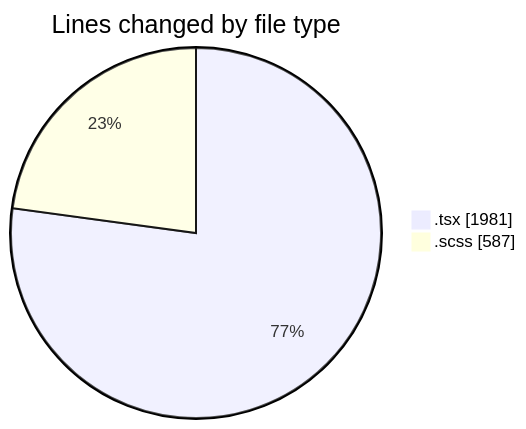
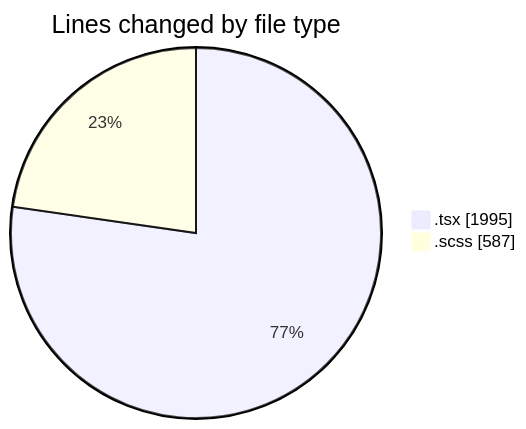
The first of 2 diagrams in 2025-04-07/cda/README.md (momahboobian/code-tracking), drawn with Mermaid before and after one commit. The commit also changed other lines of this file and 1 other file, not shown here.

````diff
--- a/2025-04-07/cda/README.md
+++ b/2025-04-07/cda/README.md
@@ -27,6 +27,6 @@
 ```mermaid
 pie showData
 title Lines changed by file type
-".tsx" : 1981
+".tsx" : 1995
 ".scss" : 587
 ```
````
